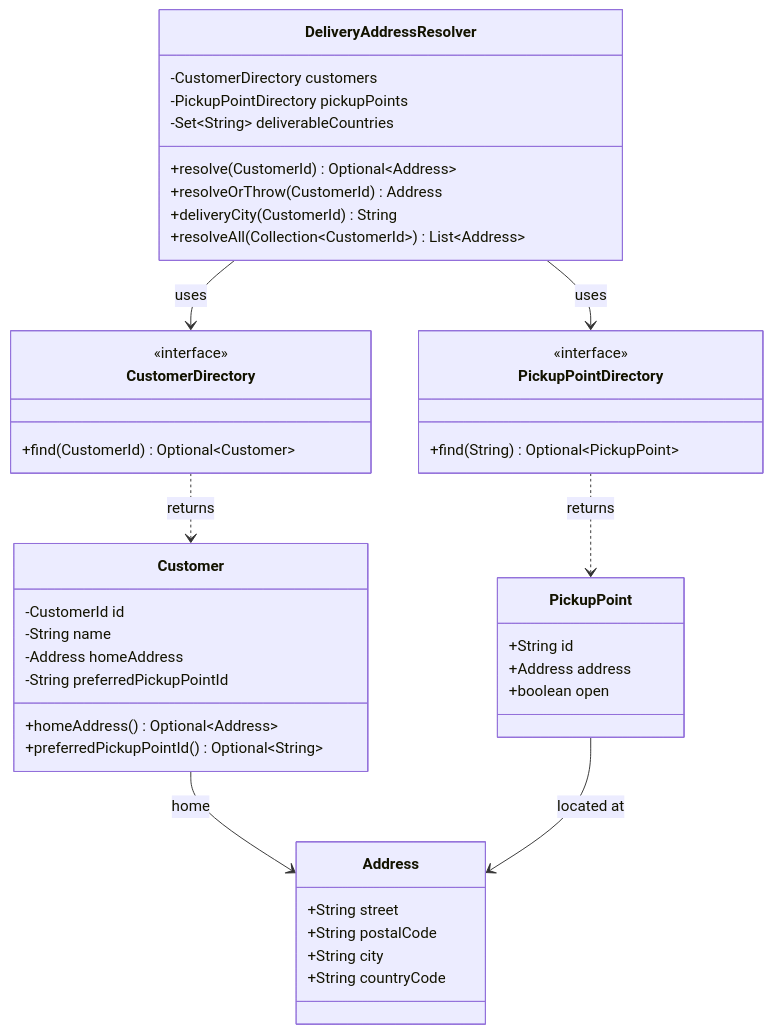
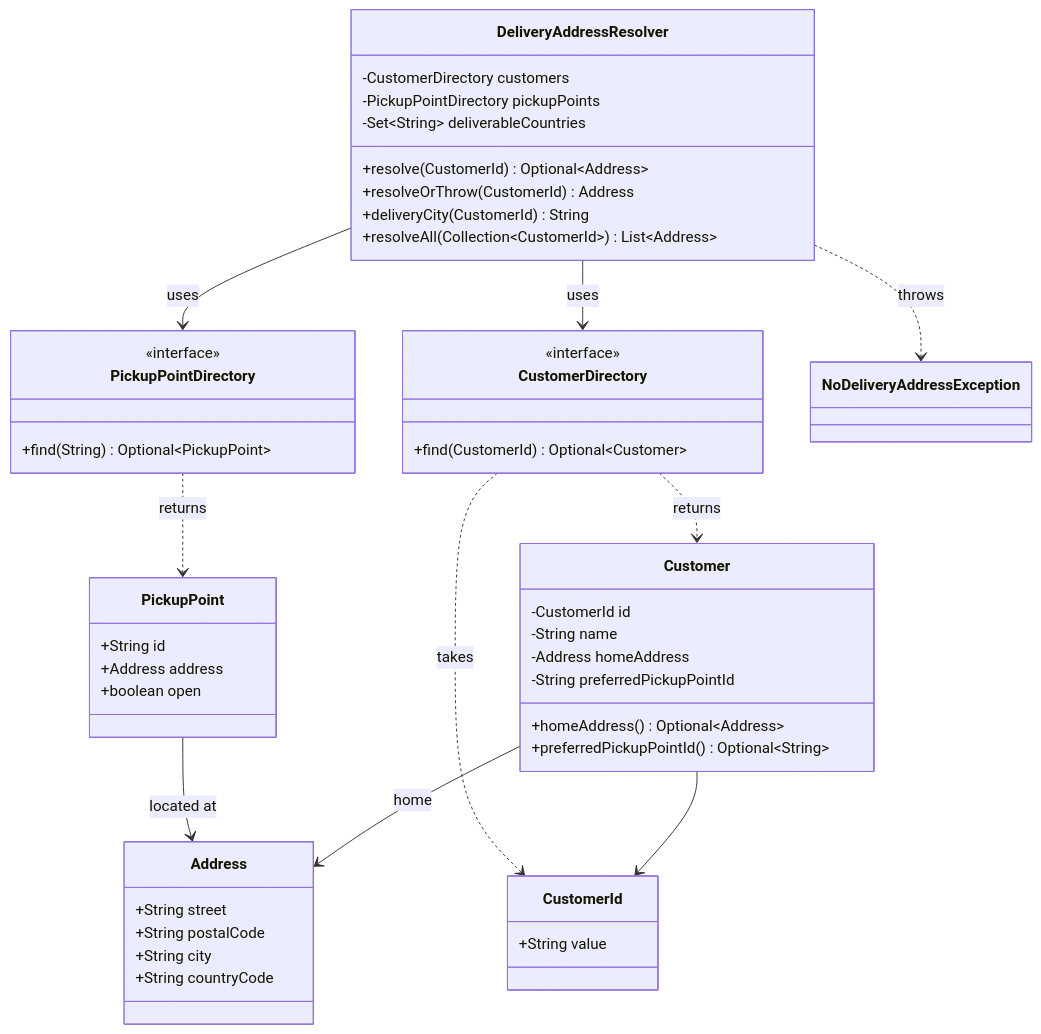
Before and after one commit to Chris013/java-practice: the second of 2 diagrams in tasks/32-optional-delivery-address.md, drawn with Mermaid. The commit also changed other lines of this file and 1 other file, not shown here.

Commit message:
Task 32: apply review fixes

````diff
--- a/tasks/32-optional-delivery-address.md
+++ b/tasks/32-optional-delivery-address.md
@@ -69,45 +69,52 @@
 ```mermaid
 classDiagram
     class CustomerDirectory {
         <<interface>>
         +find(CustomerId) Optional~Customer~
     }
     class PickupPointDirectory {
         <<interface>>
         +find(String) Optional~PickupPoint~
     }
     class Customer {
         -CustomerId id
         -String name
         -Address homeAddress
         -String preferredPickupPointId
         +homeAddress() Optional~Address~
         +preferredPickupPointId() Optional~String~
     }
     class PickupPoint {
         +String id
         +Address address
         +boolean open
     }
     class Address {
         +String street
         +String postalCode
         +String city
         +String countryCode
     }
+    class CustomerId {
+        +String value
+    }
+    class NoDeliveryAddressException
     class DeliveryAddressResolver {
         -CustomerDirectory customers
         -PickupPointDirectory pickupPoints
         -Set~String~ deliverableCountries
         +resolve(CustomerId) Optional~Address~
         +resolveOrThrow(CustomerId) Address
         +deliveryCity(CustomerId) String
         +resolveAll(Collection~CustomerId~) List~Address~
     }
     DeliveryAddressResolver --> CustomerDirectory : uses
     DeliveryAddressResolver --> PickupPointDirectory : uses
     CustomerDirectory ..> Customer : returns
     PickupPointDirectory ..> PickupPoint : returns
     Customer --> Address : home
     PickupPoint --> Address : located at
+    Customer --> CustomerId
+    CustomerDirectory ..> CustomerId : takes
+    DeliveryAddressResolver ..> NoDeliveryAddressException : throws
 ```
````
